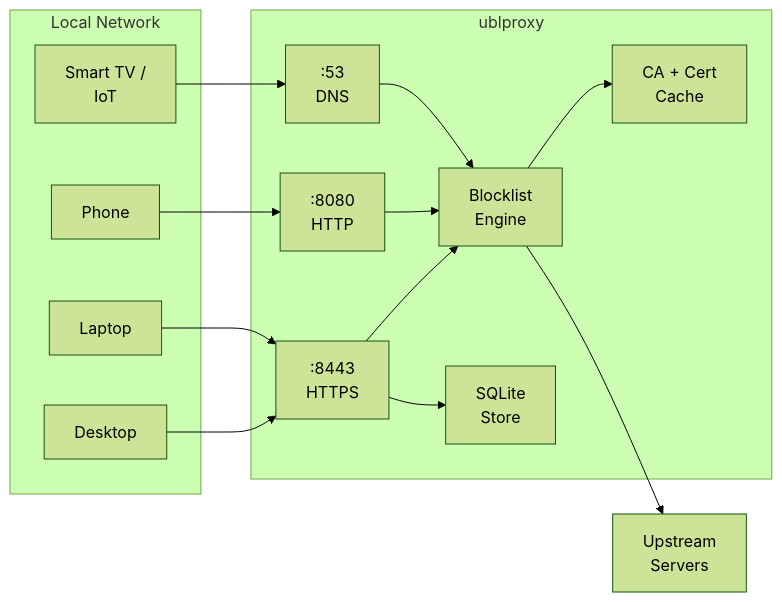
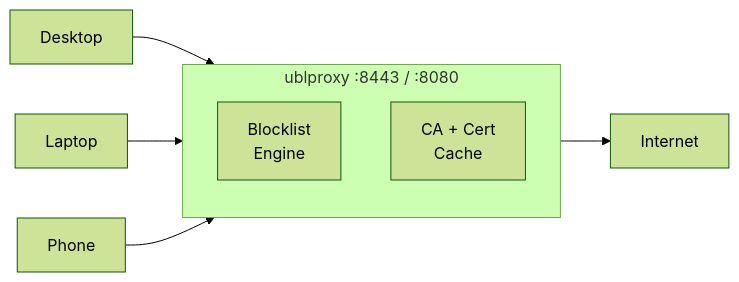
Before and after one commit to andrioid/ublproxy: the first of 3 diagrams in README.md, drawn with Mermaid (forest theme). The commit also changed other lines of this file and 13 other files, not shown here.

First line of the commit message:
Add architecture diagrams with lightbox and automated SVG build

````diff
--- a/README.md
+++ b/README.md
@@ -15,33 +19,13 @@
 ```mermaid
 graph LR
-    subgraph LAN["Local Network"]
-        D1["Desktop"]
-        D2["Laptop"]
-        D3["Phone"]
-        D4["Smart TV /<br/>IoT"]
+    D1["Desktop"] --> P
+    D2["Laptop"] --> P
+    D3["Phone"] --> P
+
+    subgraph P["ublproxy :8443 / :8080"]
+        BL["Blocklist<br/>Engine"]
+        CA["CA + Cert<br/>Cache"]
     end
 
-    subgraph UBL["ublproxy"]
-        HTTP[":8080<br/>HTTP"]
-        HTTPS[":8443<br/>HTTPS"]
-        DNS[":53<br/>DNS"]
-        BL["Blocklist<br/>Engine"]
-        CA["CA + Cert<br/>Cache"]
-        DB["SQLite<br/>Store"]
-    end
-
-    UP["Upstream<br/>Servers"]
-
-    D1 --> HTTPS
-    D2 --> HTTPS
-    D3 --> HTTP
-    D4 --> DNS
-
-    HTTPS --> BL
-    HTTP --> BL
-    DNS --> BL
-    BL --> CA
-    BL --> UP
-
-    HTTPS --> DB
+    P --> UP["Internet"]
 ```
````
